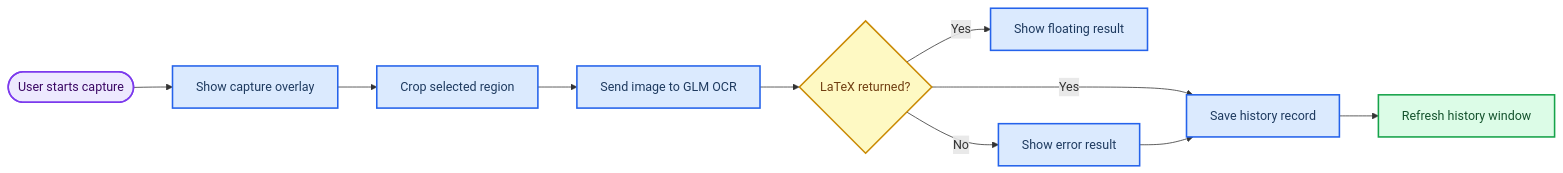
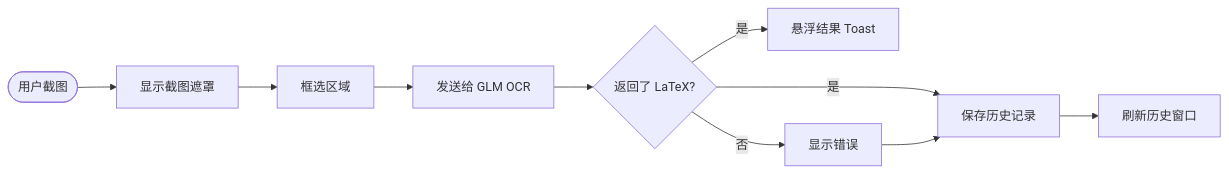
One commit to llogicall/formula_recognition changed the diagram in README.md. Above: the diagram before and after it, drawn with Mermaid. The commit also changed other lines of this file and 9 other files, not shown here.

````diff
--- a/README.md
+++ b/README.md
@@ -30,25 +24,12 @@
 ```mermaid
 flowchart LR
-    accTitle: Formula Recognition Workflow
-    accDescr: Formula recognition flow from user capture through OCR, result presentation, and history persistence.
-
-    user_capture([User starts capture]) --> screen_overlay[Show capture overlay]
-    screen_overlay --> selected_region[Crop selected region]
-    selected_region --> glm_ocr[Send image to GLM OCR]
-    glm_ocr --> latex_result{LaTeX returned?}
-    latex_result -->|Yes| show_toast[Show floating result]
-    latex_result -->|Yes| save_history[Save history record]
-    latex_result -->|No| show_error[Show error result]
+    user_capture([用户截图]) --> screen_overlay[显示截图遮罩]
+    screen_overlay --> selected_region[框选区域]
+    selected_region --> glm_ocr[发送给 GLM OCR]
+    glm_ocr --> latex_result{返回了 LaTeX?}
+    latex_result -->|是| show_toast[悬浮结果 Toast]
+    latex_result -->|是| save_history[保存历史记录]
+    latex_result -->|否| show_error[显示错误]
     show_error --> save_history
-    save_history --> history_window[Refresh history window]
-
-    classDef start fill:#ede9fe,stroke:#7c3aed,stroke-width:2px,color:#3b0764
-    classDef process fill:#dbeafe,stroke:#2563eb,stroke-width:2px,color:#1e3a5f
-    classDef decision fill:#fef9c3,stroke:#ca8a04,stroke-width:2px,color:#713f12
-    classDef success fill:#dcfce7,stroke:#16a34a,stroke-width:2px,color:#14532d
-
-    class user_capture start
-    class screen_overlay,selected_region,glm_ocr,show_toast,show_error,save_history process
-    class latex_result decision
-    class history_window success
+    save_history --> history_window[刷新历史窗口]
 ```
````
